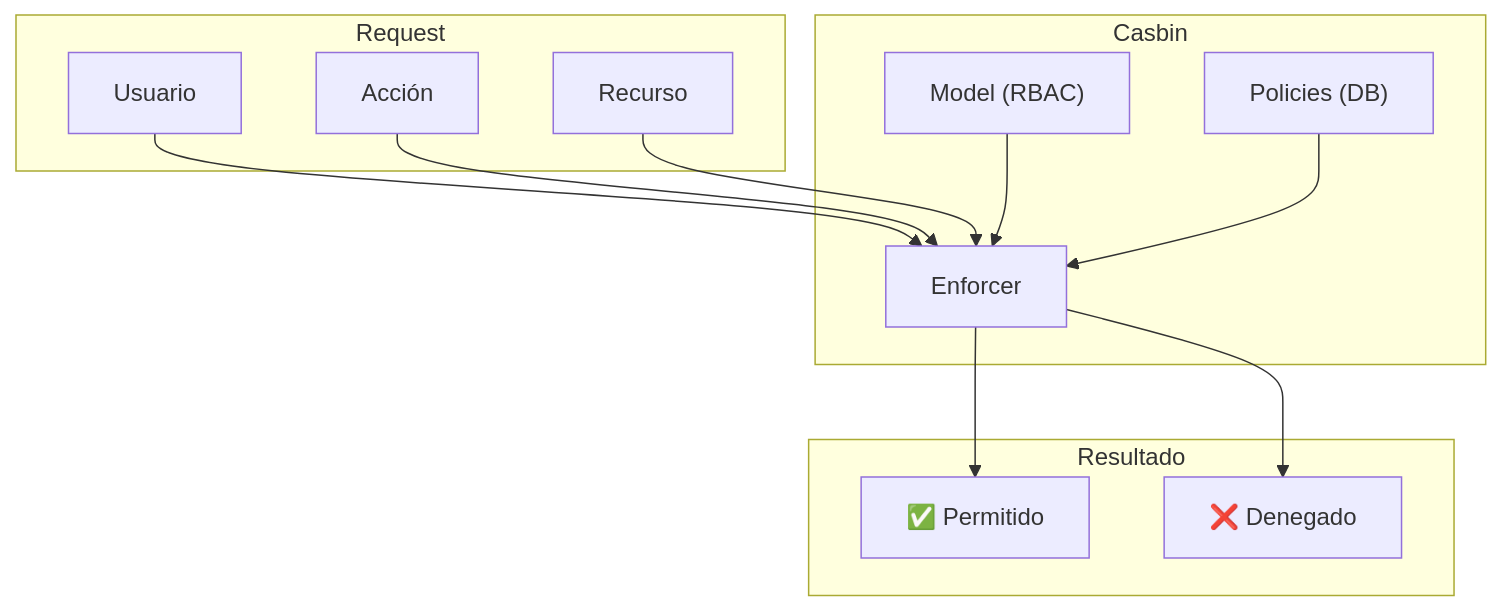
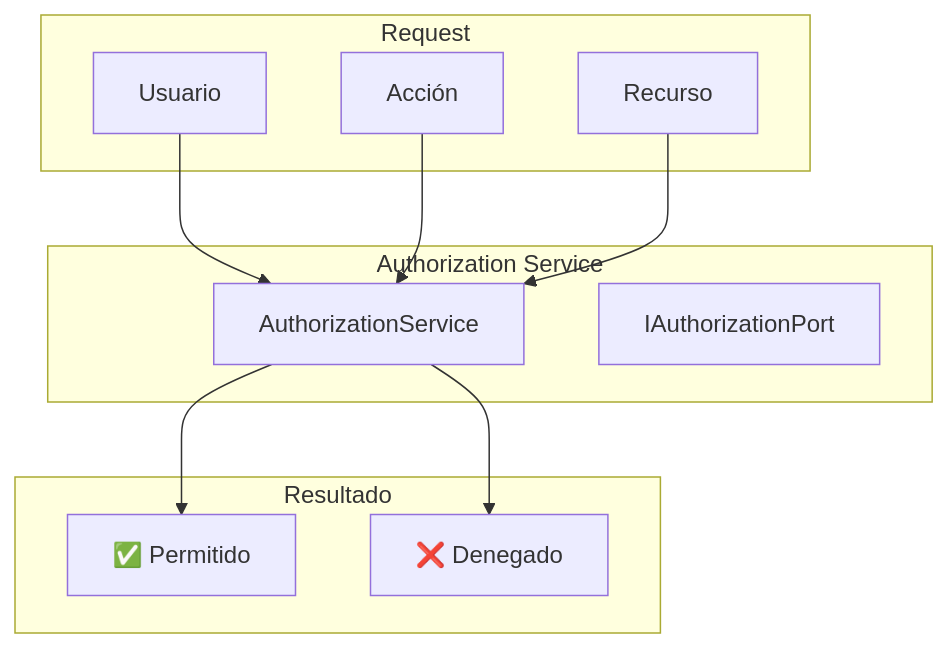
The first of 3 diagrams in docs/docs/flows/authorization.md (lehi10/tuagenda), drawn with Mermaid before and after one commit. The commit also changed other lines of this file and 19 other files, not shown here.

First line of the commit message:
Removes Casbin authorization system

````diff
--- a/docs/docs/flows/authorization.md
+++ b/docs/docs/flows/authorization.md
@@ -11,28 +13,25 @@
 ```mermaid
 flowchart TB
     subgraph Request["Request"]
         User["Usuario"]
         Action["Acción"]
         Resource["Recurso"]
     end
 
-    subgraph Casbin["Casbin"]
-        Enforcer["Enforcer"]
-        Model["Model (RBAC)"]
-        Policy["Policies (DB)"]
+    subgraph AuthService["Authorization Service"]
+        Service["AuthorizationService"]
+        Port["IAuthorizationPort"]
     end
 
     subgraph Result["Resultado"]
         Allow["✅ Permitido"]
         Deny["❌ Denegado"]
     end
 
-    User --> Enforcer
-    Action --> Enforcer
-    Resource --> Enforcer
-    Model --> Enforcer
-    Policy --> Enforcer
+    User --> Service
+    Action --> Service
+    Resource --> Service
 
-    Enforcer --> Allow
-    Enforcer --> Deny
+    Service --> Allow
+    Service --> Deny
 ```
````
